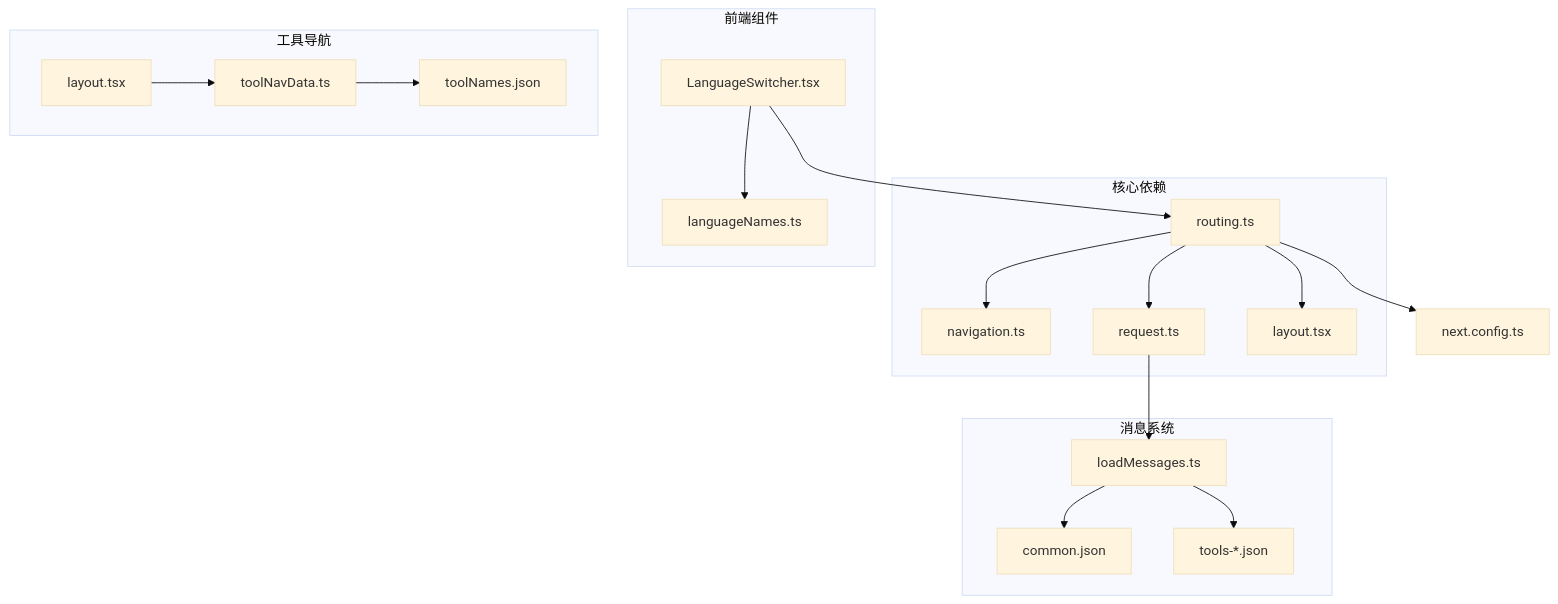
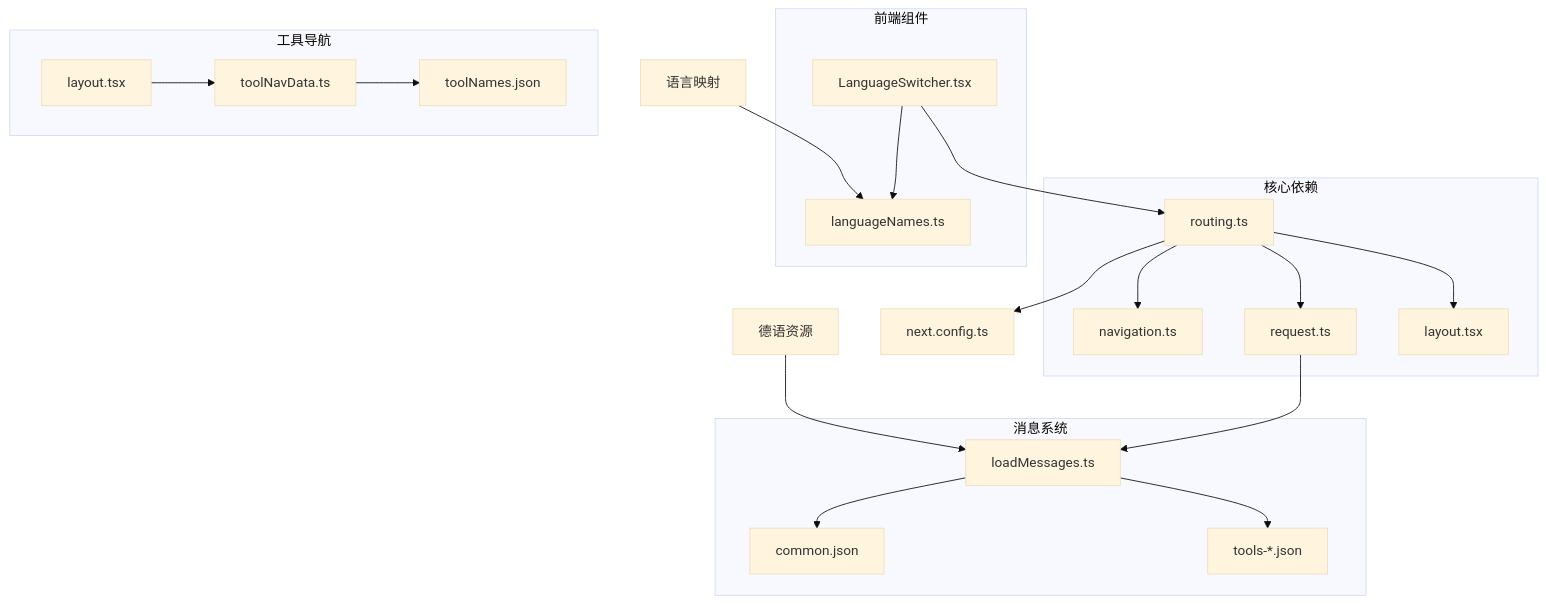
The seventh of 8 diagrams in .qoder/repowiki/zh/content/国际化实现/语言配置管理.md (sgyy/privadeck), drawn with Mermaid (base theme) before and after one commit. The commit also changed other lines of this file and 10 other files, not shown here.

````diff
--- a/.qoder/repowiki/zh/content/国际化实现/语言配置管理.md
+++ b/.qoder/repowiki/zh/content/国际化实现/语言配置管理.md
@@ -300,22 +333,24 @@
 ```mermaid
 graph TB
 subgraph "核心依赖"
 A[routing.ts] --> B[navigation.ts]
 A --> C[request.ts]
 A --> D[layout.tsx]
 end
 subgraph "前端组件"
 E[LanguageSwitcher.tsx] --> A
 E --> F[languageNames.ts]
 end
 subgraph "消息系统"
 G[loadMessages.ts] --> H[common.json]
 G --> I[tools-*.json]
 C --> G
 end
 subgraph "工具导航"
 J[toolNavData.ts] --> K[toolNames.json]
 L[layout.tsx] --> J
 end
 A --> M[next.config.ts]
+N[德语资源] --> G
+O[语言映射] --> F
 ```
````
